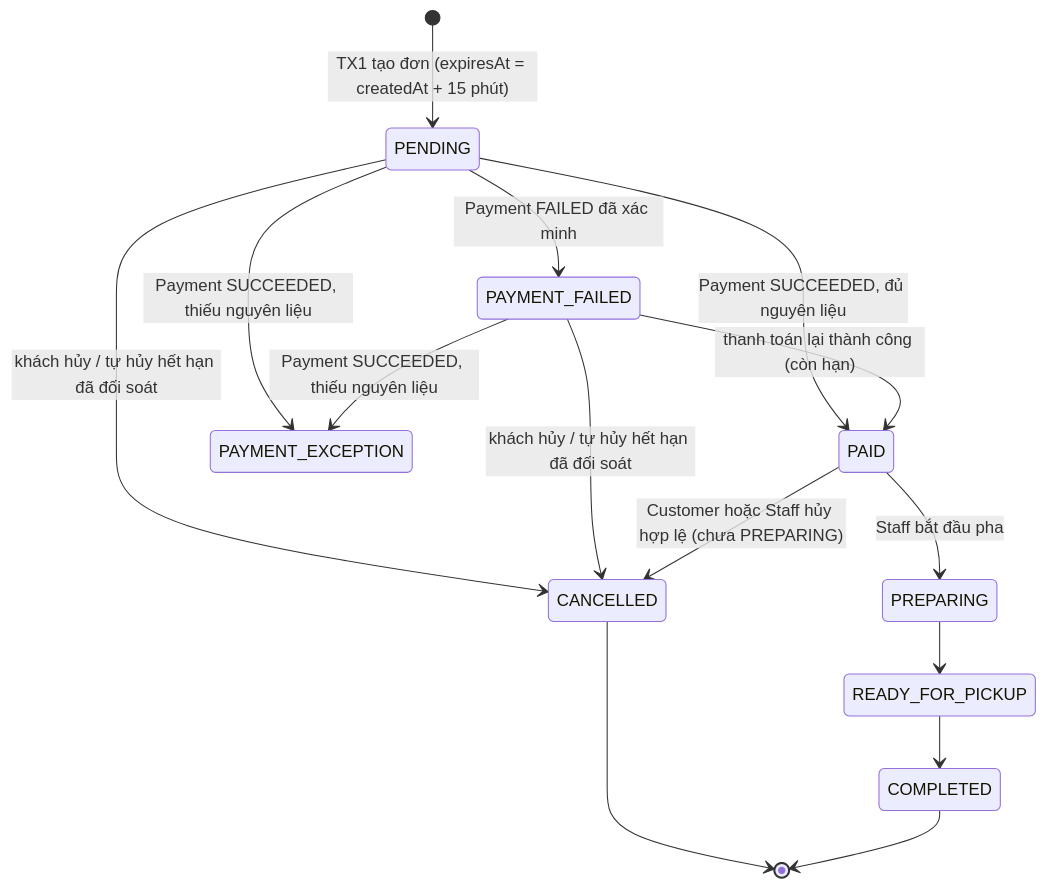
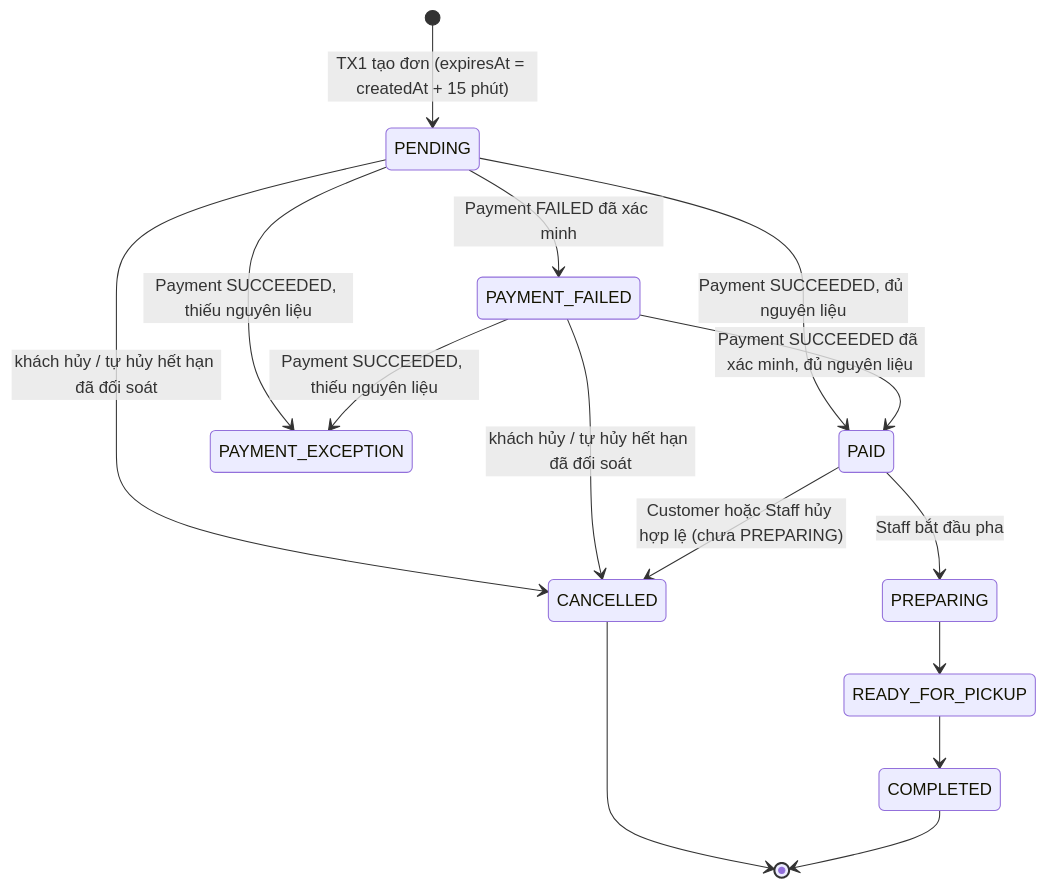
The first of 2 diagrams in docs/architecture/architecture.md (mhien06/SWE_A2), drawn with Mermaid before and after one commit. The commit also changed other lines of this file and 6 other files, not shown here.

Commit message:
docs(task3.1): sua theo review cua Hien (state diagram, chieu phu thuoc, nhan trang thai, ADR-006)

````diff
--- a/docs/architecture/architecture.md
+++ b/docs/architecture/architecture.md
@@ -93,17 +93,17 @@
 ```mermaid
 stateDiagram-v2
     [*] --> PENDING: TX1 tạo đơn (expiresAt = createdAt + 15 phút)
     PENDING --> PAYMENT_FAILED: Payment FAILED đã xác minh
     PENDING --> PAID: Payment SUCCEEDED, đủ nguyên liệu
-    PAYMENT_FAILED --> PAID: thanh toán lại thành công (còn hạn)
+    PAYMENT_FAILED --> PAID: Payment SUCCEEDED đã xác minh, đủ nguyên liệu
     PENDING --> PAYMENT_EXCEPTION: Payment SUCCEEDED, thiếu nguyên liệu
     PAYMENT_FAILED --> PAYMENT_EXCEPTION: Payment SUCCEEDED, thiếu nguyên liệu
     PENDING --> CANCELLED: khách hủy / tự hủy hết hạn đã đối soát
     PAYMENT_FAILED --> CANCELLED: khách hủy / tự hủy hết hạn đã đối soát
     PAID --> CANCELLED: Customer hoặc Staff hủy hợp lệ (chưa PREPARING)
     PAID --> PREPARING: Staff bắt đầu pha
     PREPARING --> READY_FOR_PICKUP
     READY_FOR_PICKUP --> COMPLETED
     CANCELLED --> [*]
     COMPLETED --> [*]
 ```
````
